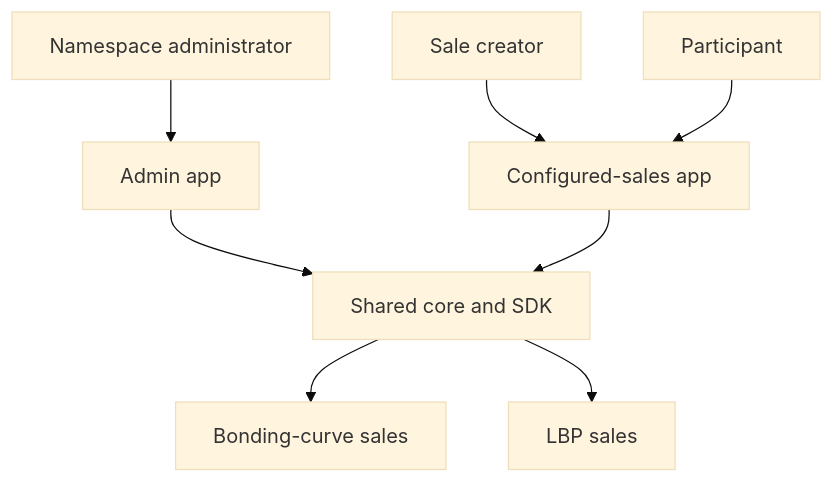
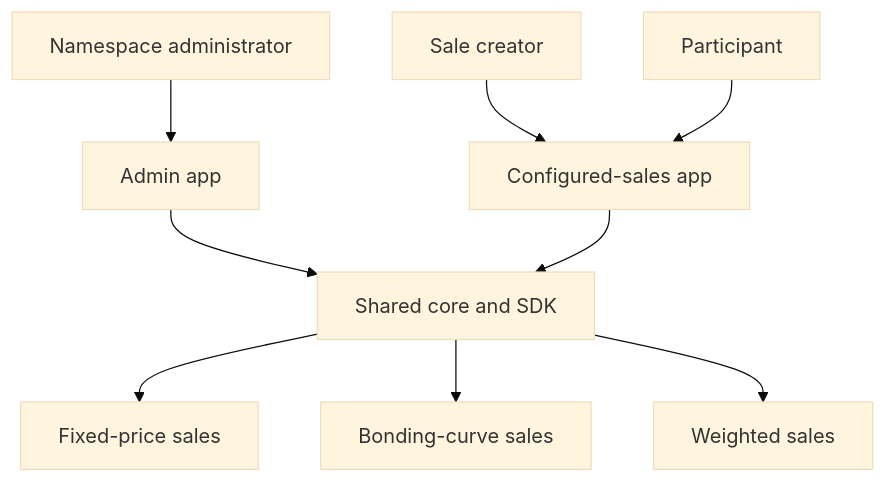
Before and after one commit to bleu/logos-launchpad: the diagram in README.md, drawn with Mermaid (base theme). The commit also changed other lines of this file and 57 other files, not shown here.

````diff
--- a/README.md
+++ b/README.md
@@ -20,10 +21,11 @@
 ```mermaid
 flowchart TB
     Admin[Namespace administrator] --> AdminApp[Admin app]
     Creator[Sale creator] --> SalesApp[Configured-sales app]
     Participant[Participant] --> SalesApp[Configured-sales app]
     AdminApp --> Core[Shared core and SDK]
     SalesApp --> Core
+    Core --> FixedPrice[Fixed-price sales]
     Core --> Curve[Bonding-curve sales]
-    Core --> LBP[LBP sales]
+    Core --> Weighted[Weighted sales]
 ```
````
